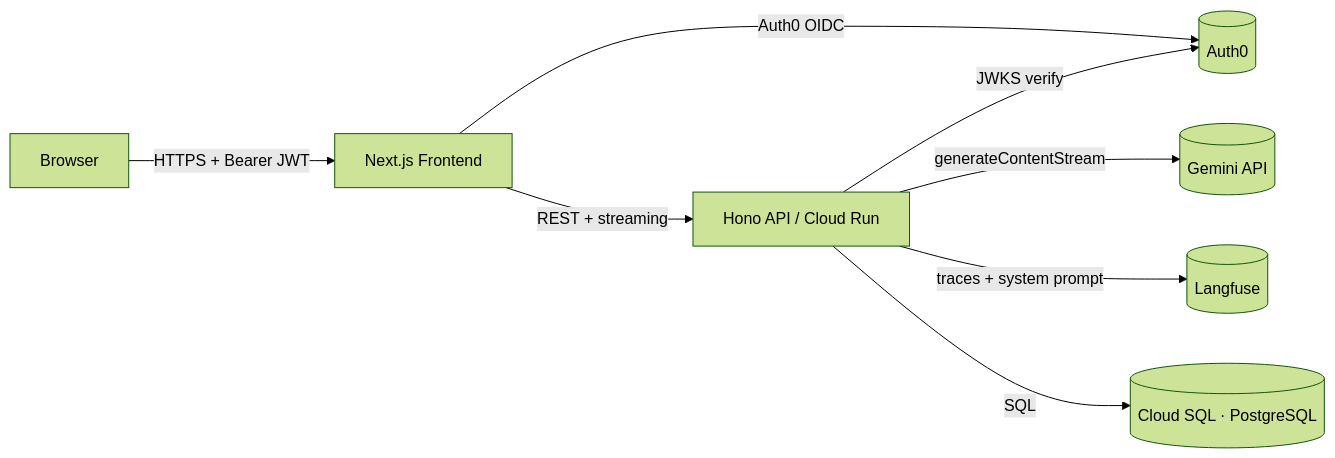
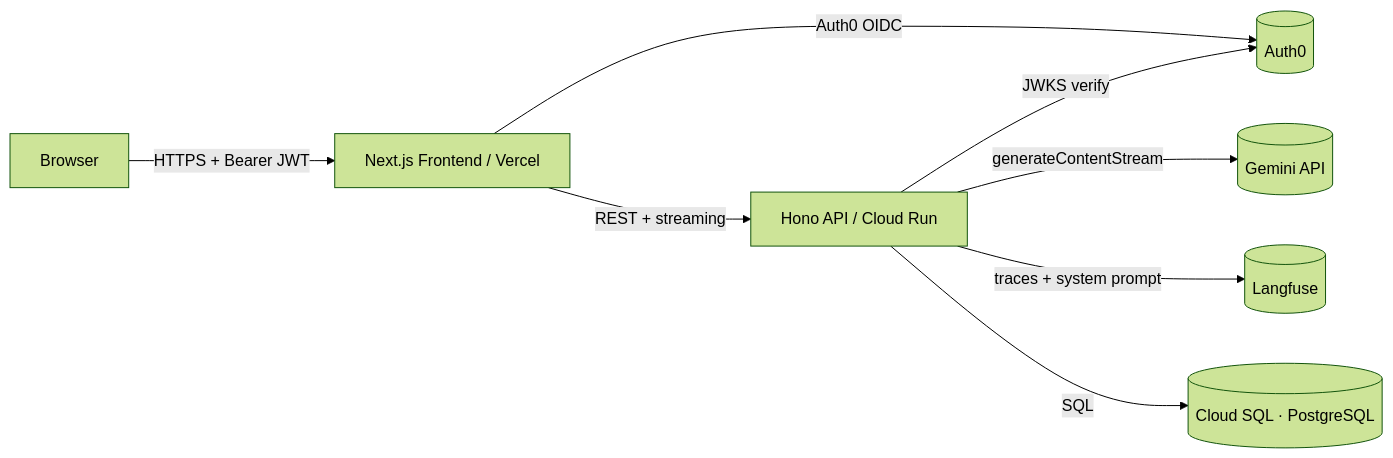
One commit to anantha119/LYNX changed the diagram in README.md. Above: the diagram before and after it, drawn with Mermaid (forest theme). The commit also changed other lines of this file, not shown here.

Commit message:
docs: update README with Vercel deployment info and live demo link

````diff
--- a/README.md
+++ b/README.md
@@ -42,10 +45,10 @@
 ```mermaid
 flowchart LR
-    B[Browser] -->|HTTPS + Bearer JWT| FE[Next.js Frontend]
+    B[Browser] -->|HTTPS + Bearer JWT| FE[Next.js Frontend / Vercel]
     FE -->|Auth0 OIDC| A[(Auth0)]
     FE -->|REST + streaming| API[Hono API / Cloud Run]
     API -->|JWKS verify| A
     API -->|generateContentStream| G[(Gemini API)]
     API -->|traces + system prompt| L[(Langfuse)]
     API -->|SQL| DB[(Cloud SQL · PostgreSQL)]
 ```
````
